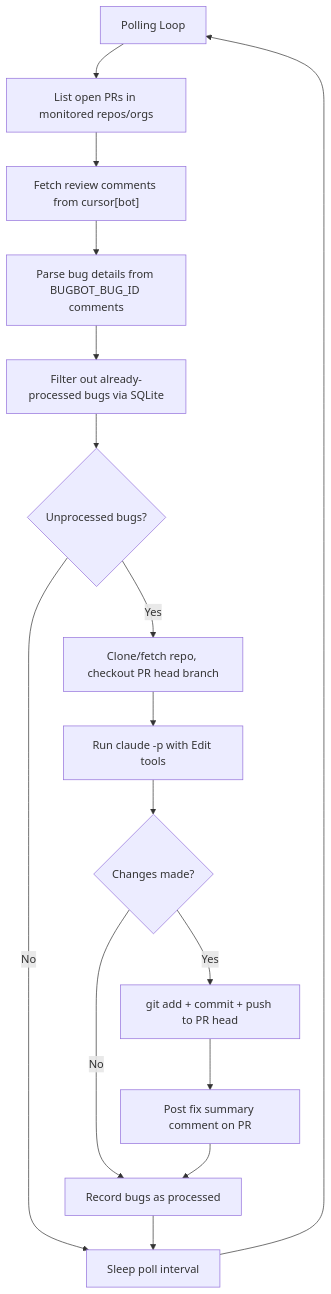
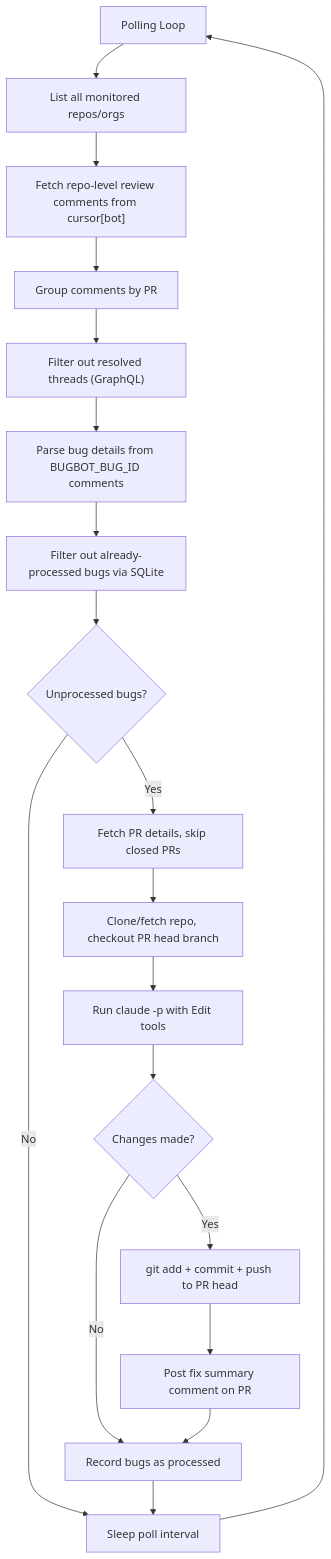
One commit to Senna46/claude-code-bugbot-autofix changed the diagram in README.md. Above: the diagram before and after it, drawn with Mermaid. The commit also changed other lines of this file and 6 other files, not shown here.

````diff
--- a/README.md
+++ b/README.md
@@ -137,18 +139,21 @@
 ```mermaid
 flowchart TD
-    Start[Polling Loop] --> ListPRs[List open PRs in monitored repos/orgs]
-    ListPRs --> FetchComments["Fetch review comments from cursor[bot]"]
-    FetchComments --> Parse[Parse bug details from BUGBOT_BUG_ID comments]
+    Start[Polling Loop] --> ListRepos[List all monitored repos/orgs]
+    ListRepos --> FetchComments["Fetch repo-level review comments from cursor[bot]"]
+    FetchComments --> GroupByPR[Group comments by PR]
+    GroupByPR --> Resolved["Filter out resolved threads (GraphQL)"]
+    Resolved --> Parse[Parse bug details from BUGBOT_BUG_ID comments]
     Parse --> Filter[Filter out already-processed bugs via SQLite]
     Filter --> HasBugs{Unprocessed bugs?}
     HasBugs -->|No| Sleep[Sleep poll interval]
-    HasBugs -->|Yes| Clone[Clone/fetch repo, checkout PR head branch]
+    HasBugs -->|Yes| FetchPR[Fetch PR details, skip closed PRs]
+    FetchPR --> Clone[Clone/fetch repo, checkout PR head branch]
     Clone --> Claude["Run claude -p with Edit tools"]
     Claude --> Changes{Changes made?}
     Changes -->|No| Record[Record bugs as processed]
     Changes -->|Yes| Commit[git add + commit + push to PR head]
     Commit --> PostComment[Post fix summary comment on PR]
     PostComment --> Record
     Record --> Sleep
     Sleep --> Start
 ```
````
